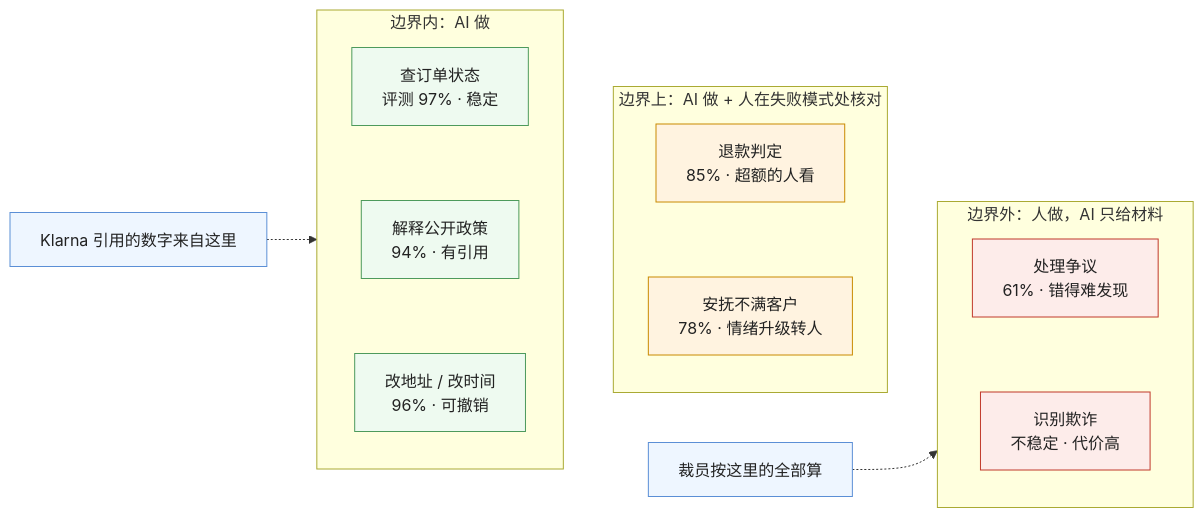
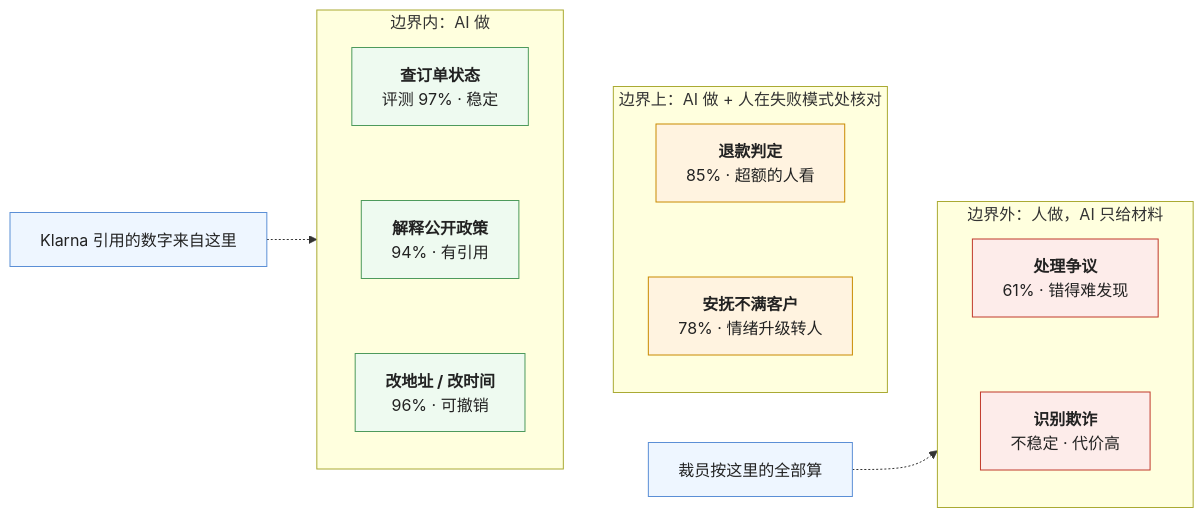
One commit to arganzheng/arganzheng.github.com changed the third of 5 diagrams in _posts/2026-11-16-choosing-ai-scenarios-the-jagged-frontier-and-the-demo-to-product-gap.md. Above: the diagram before and after it, drawn with Mermaid. The commit also changed other lines of this file and 5 other files, not shown here.

First line of the commit message:
产品与体验：把不确定的能力做成可信的产品：Mermaid 多行方框的首行标为标题（6 篇）

````diff
--- a/_posts/2026-11-16-choosing-ai-scenarios-the-jagged-frontier-and-the-demo-to-product-gap.md
+++ b/_posts/2026-11-16-choosing-ai-scenarios-the-jagged-frontier-and-the-demo-to-product-gap.md
@@ -82,27 +82,27 @@
 ```mermaid
 %% 图：把「客服」拆到任务粒度后边界是锯齿状的——查订单状态、解释政策、改地址在边界内（评测集上稳定达标）；处理争议、识别欺诈在边界外（不稳定或错得难发现）；安抚愤怒客户、退款判定在边界上（多数对、失败模式可识别 → 人机协作）；Klarna 的「700 人」来自左边两格，裁员按全部算
 flowchart LR
     subgraph IN["边界内：AI 做"]
         direction TB
-        I1["查订单状态<br/>评测 97% · 稳定"] ~~~ I2["解释公开政策<br/>94% · 有引用"] ~~~ I3["改地址 / 改时间<br/>96% · 可撤销"]
+        I1["<b>查订单状态</b><br/>评测 97% · 稳定"] ~~~ I2["<b>解释公开政策</b><br/>94% · 有引用"] ~~~ I3["<b>改地址 / 改时间</b><br/>96% · 可撤销"]
     end
     subgraph ON["边界上：AI 做 + 人在失败模式处核对"]
         direction TB
-        O1["退款判定<br/>85% · 超额的人看"] ~~~ O2["安抚不满客户<br/>78% · 情绪升级转人"]
+        O1["<b>退款判定</b><br/>85% · 超额的人看"] ~~~ O2["<b>安抚不满客户</b><br/>78% · 情绪升级转人"]
     end
     subgraph OUT["边界外：人做，AI 只给材料"]
         direction TB
-        U1["处理争议<br/>61% · 错得难发现"] ~~~ U2["识别欺诈<br/>不稳定 · 代价高"]
+        U1["<b>处理争议</b><br/>61% · 错得难发现"] ~~~ U2["<b>识别欺诈</b><br/>不稳定 · 代价高"]
     end
     IN ~~~ ON ~~~ OUT
     K["Klarna 引用的数字来自这里"] -.-> IN
     L["裁员按这里的全部算"] -.-> OUT
     classDef ok fill:#eefaf0,stroke:#4d9a5c,color:#222
     classDef warn fill:#fff3e0,stroke:#c98a00,color:#222
     classDef bad fill:#fdecea,stroke:#c0392b,color:#222
     classDef n fill:#eef6ff,stroke:#5b8fd6,color:#222
     class I1,I2,I3 ok
     class O1,O2 warn
     class U1,U2 bad
     class K,L n
 ```
````
